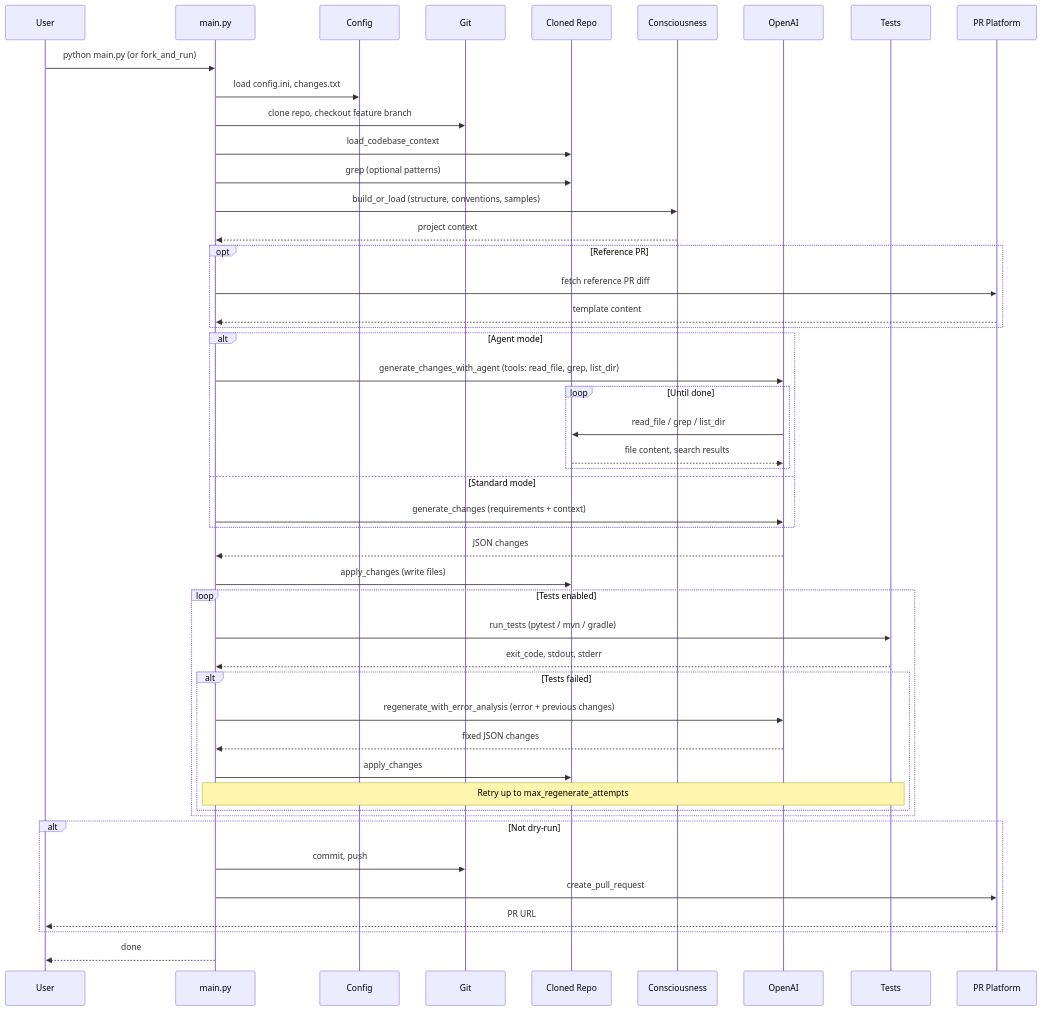
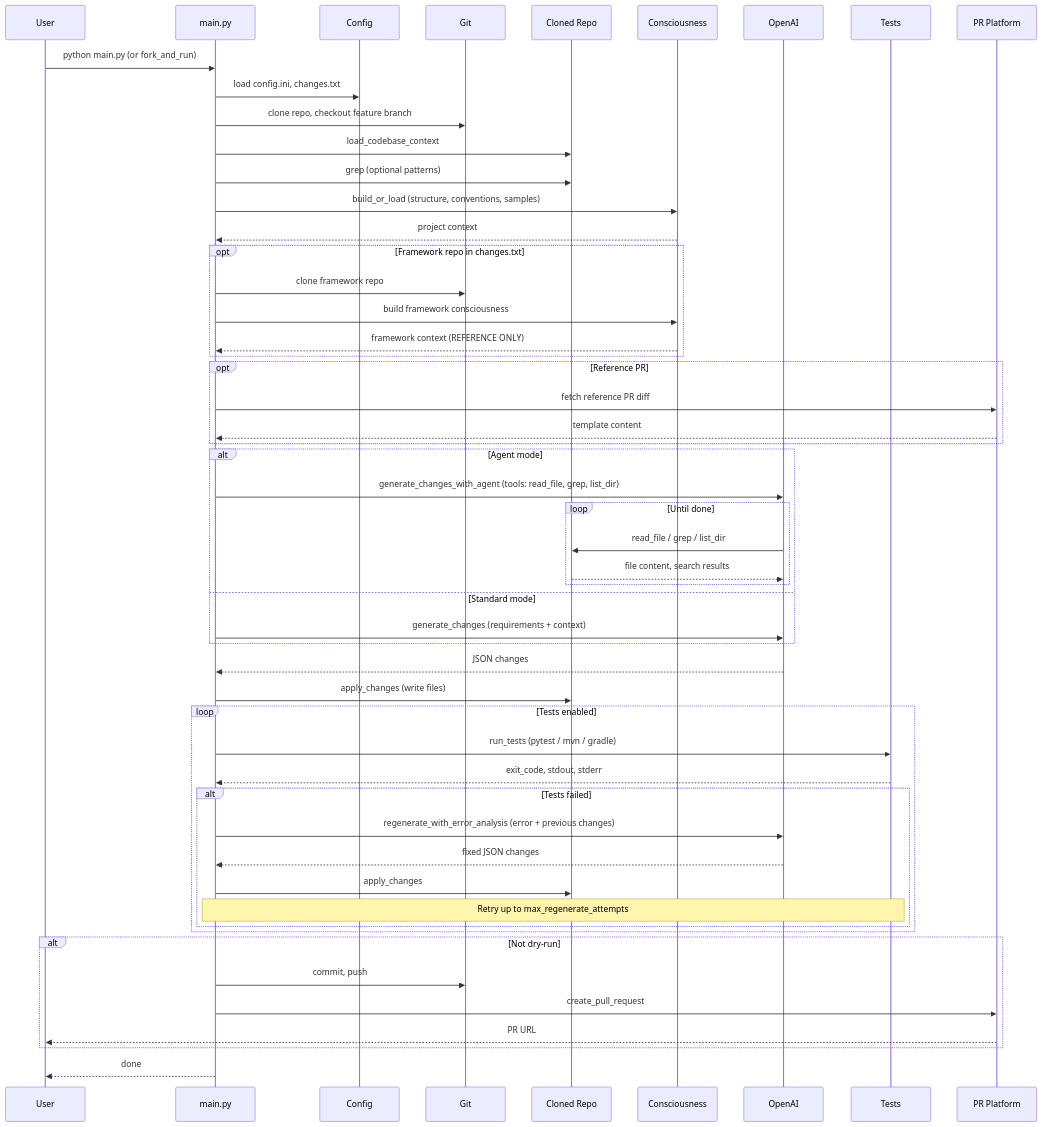
One commit to krishnachaitanyap/code-autonomy changed the diagram in README.md. Above: the diagram before and after it, drawn with Mermaid. The commit also changed other lines of this file and 7 other files, not shown here.

````diff
--- a/README.md
+++ b/README.md
@@ -16,51 +16,56 @@
 ```mermaid
 sequenceDiagram
     participant User
     participant Main as main.py
     participant Config
     participant Git
     participant Repo as Cloned Repo
     participant Consciousness
     participant AI as OpenAI
     participant Tests
     participant PR as PR Platform
 
     User->>Main: python main.py (or fork_and_run)
     Main->>Config: load config.ini, changes.txt
     Main->>Git: clone repo, checkout feature branch
     Main->>Repo: load_codebase_context
     Main->>Repo: grep (optional patterns)
     Main->>Consciousness: build_or_load (structure, conventions, samples)
     Consciousness-->>Main: project context
+    opt Framework repo in changes.txt
+        Main->>Git: clone framework repo
+        Main->>Consciousness: build framework consciousness
+        Consciousness-->>Main: framework context (REFERENCE ONLY)
+    end
     opt Reference PR
         Main->>PR: fetch reference PR diff
         PR-->>Main: template content
     end
     alt Agent mode
         Main->>AI: generate_changes_with_agent (tools: read_file, grep, list_dir)
         loop Until done
             AI->>Repo: read_file / grep / list_dir
             Repo-->>AI: file content, search results
         end
     else Standard mode
         Main->>AI: generate_changes (requirements + context)
     end
     AI-->>Main: JSON changes
     Main->>Repo: apply_changes (write files)
     loop Tests enabled
         Main->>Tests: run_tests (pytest / mvn / gradle)
         Tests-->>Main: exit_code, stdout, stderr
         alt Tests failed
             Main->>AI: regenerate_with_error_analysis (error + previous changes)
             AI-->>Main: fixed JSON changes
             Main->>Repo: apply_changes
             Note over Main,Tests: Retry up to max_regenerate_attempts
         end
     end
     alt Not dry-run
         Main->>Git: commit, push
         Main->>PR: create_pull_request
         PR-->>User: PR URL
     end
     Main-->>User: done
 ```
````
